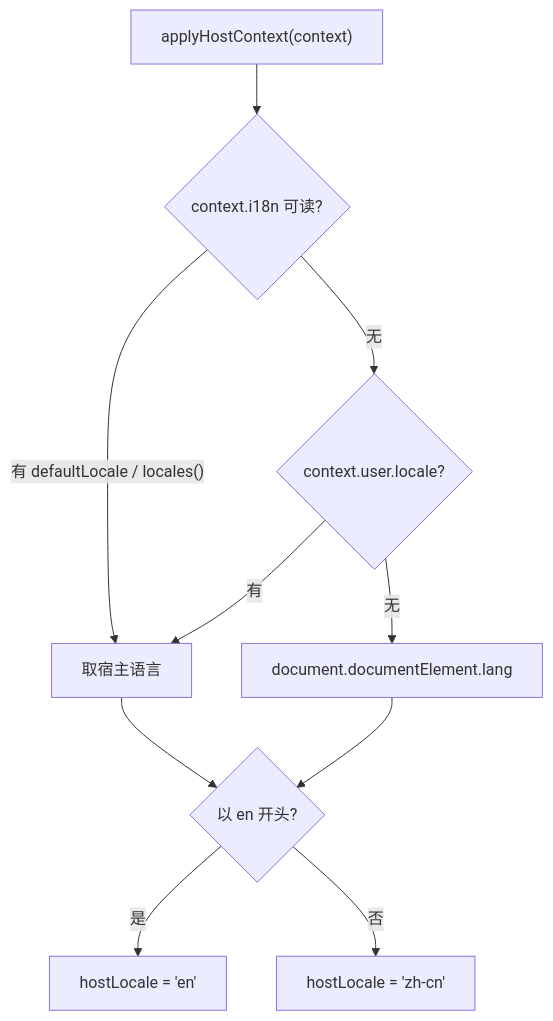
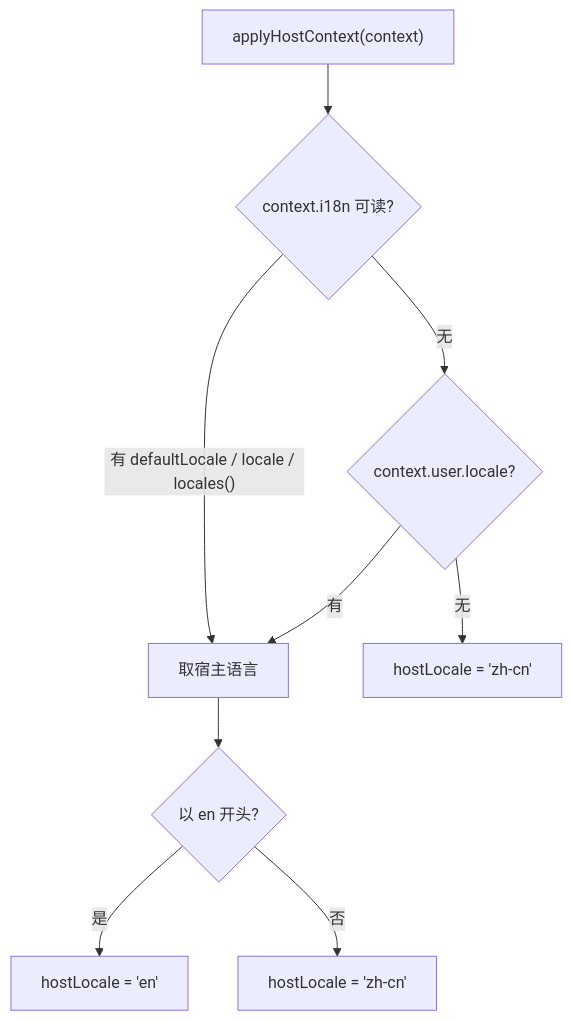
Before and after one commit to minjian123/message-platform: the second of 2 diagrams in msg文档/项目/08B_消息平台/任务/06_管理与运维/06_管理与运维_02_管理模块写操作/06_管理与运维_02_管理模块写操作_03_管理台前端缺陷收口/设计/01_详细设计_06-2-3_管理台前端缺陷收口.md, drawn with Mermaid. The commit also changed other lines of this file and 34 other files, not shown here.

````diff
--- a/msg文档/项目/08B_消息平台/任务/06_管理与运维/06_管理与运维_02_管理模块写操作/06_管理与运维_02_管理模块写操作_03_管理台前端缺陷收口/设计/01_详细设计_06-2-3_管理台前端缺陷收口.md
+++ b/msg文档/项目/08B_消息平台/任务/06_管理与运维/06_管理与运维_02_管理模块写操作/06_管理与运维_02_管理模块写操作_03_管理台前端缺陷收口/设计/01_详细设计_06-2-3_管理台前端缺陷收口.md
@@ -112,12 +112,11 @@
 ```mermaid
 flowchart TD
     A["applyHostContext(context)"] --> B{"context.i18n 可读?"}
-    B -->|"有 defaultLocale / locales()"| C["取宿主语言"]
+    B -->|"有 defaultLocale / locale / locales()"| C["取宿主语言"]
     B -->|"无"| D{"context.user.locale?"}
     D -->|"有"| C
-    D -->|"无"| E["document.documentElement.lang"]
-    E --> F{"以 en 开头?"}
-    C --> F
+    D -->|"无"| E["hostLocale = 'zh-cn'"]
+    C --> F{"以 en 开头?"}
     F -->|"是"| G["hostLocale = 'en'"]
     F -->|"否"| H["hostLocale = 'zh-cn'"]
 ```
````
